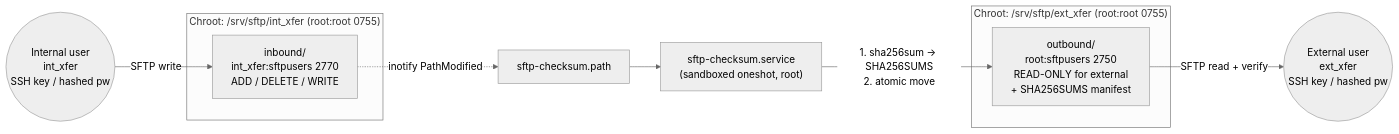
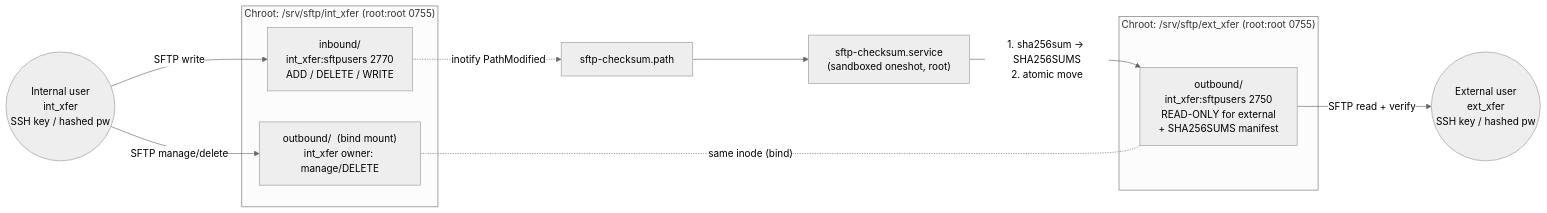
One commit to dxcSithLord/Raspberry-PI-scripts changed the diagram in sftp-server/ARCHITECTURE.md. Above: the diagram before and after it, drawn with Mermaid (neutral theme). The commit also changed other lines of this file and 1 other file, not shown here.

First line of the commit message:
Let internal user delete delivered files in outbound via bind mount

````diff
--- a/sftp-server/ARCHITECTURE.md
+++ b/sftp-server/ARCHITECTURE.md
@@ -29,17 +29,20 @@
 ```mermaid
 flowchart LR
     INT(("Internal user\nint_xfer\nSSH key / hashed pw")) -->|SFTP write| IN
     subgraph JAIL_INT["Chroot: /srv/sftp/int_xfer  (root:root 0755)"]
         IN["inbound/\nint_xfer:sftpusers 2770\nADD / DELETE / WRITE"]
+        INOUT["outbound/  (bind mount)\nint_xfer owner: manage/DELETE"]
     end
 
     IN -. inotify PathModified .-> PATH["sftp-checksum.path"]
     PATH --> SVC["sftp-checksum.service\n(sandboxed oneshot, root)"]
     SVC -->|"1. sha256sum -> SHA256SUMS\n2. atomic move"| OUT
 
     subgraph JAIL_EXT["Chroot: /srv/sftp/ext_xfer  (root:root 0755)"]
-        OUT["outbound/\nroot:sftpusers 2750\nREAD-ONLY for external\n+ SHA256SUMS manifest"]
+        OUT["outbound/\nint_xfer:sftpusers 2750\nREAD-ONLY for external\n+ SHA256SUMS manifest"]
     end
 
+    INOUT -. same inode (bind) .- OUT
+    INT -->|"SFTP manage/delete"| INOUT
     OUT -->|SFTP read + verify| EXT(("External user\next_xfer\nSSH key / hashed pw"))
 ```
````
